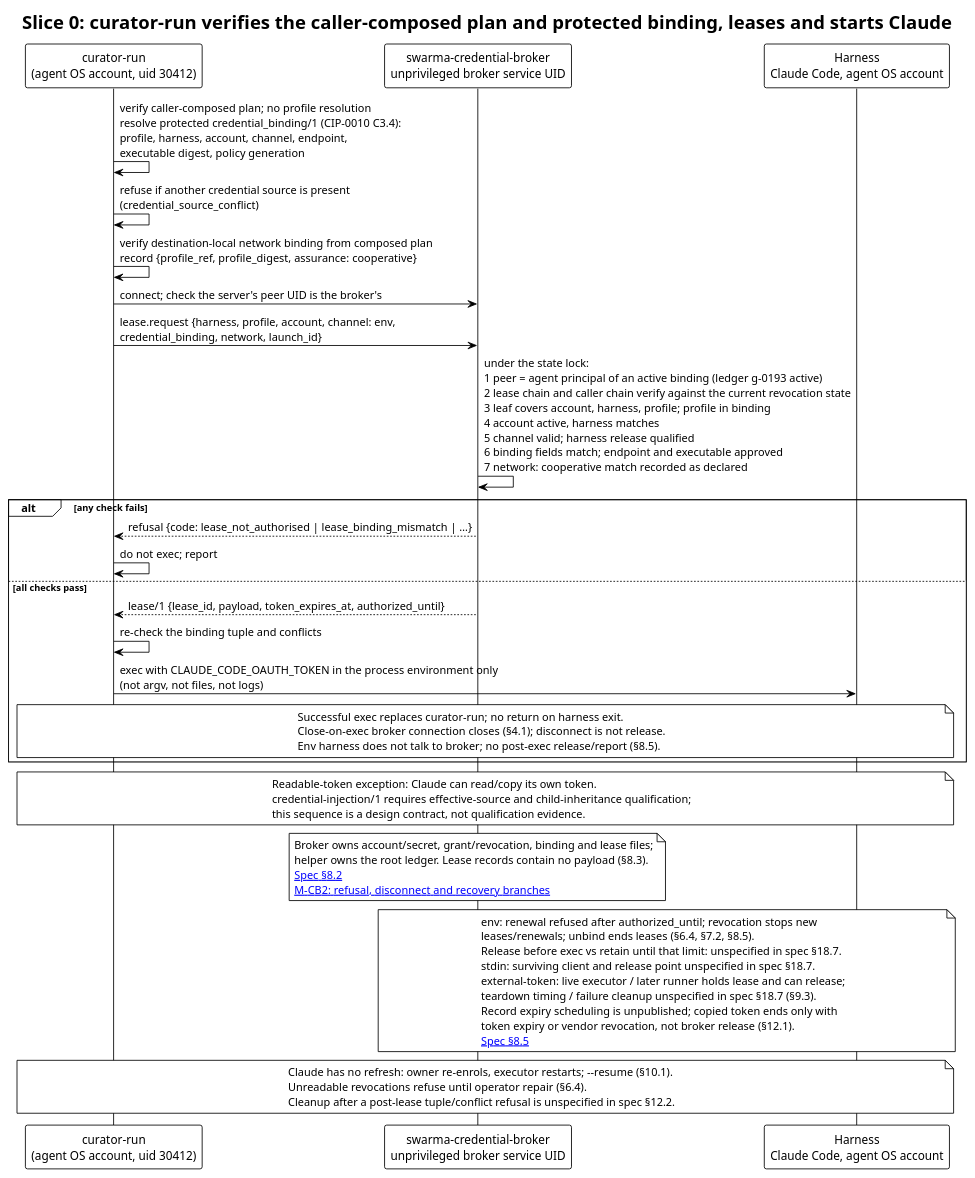
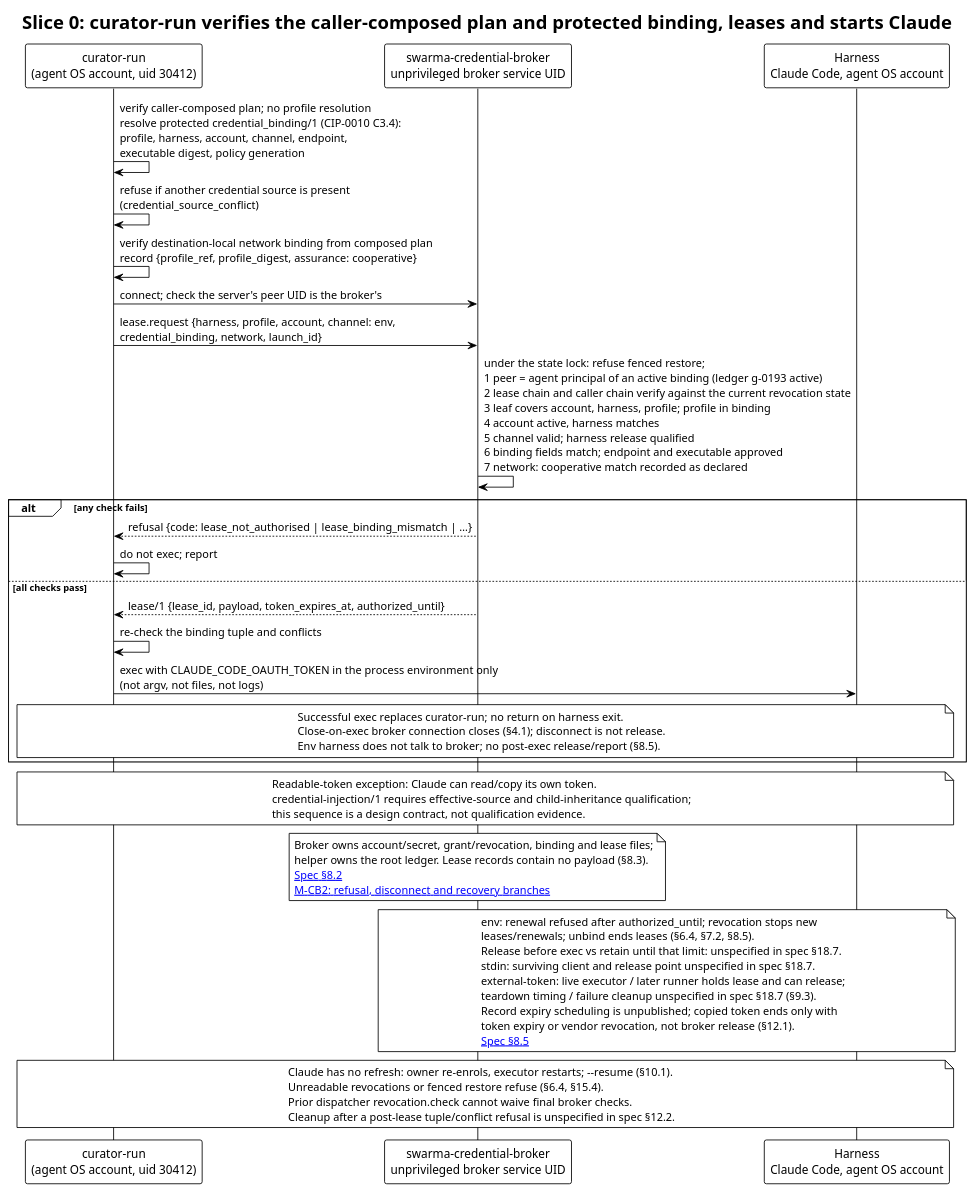
The diagram in diagrams/lease-at-launch.puml (relux-works/swarma-credential-broker), drawn with PlantUML before and after one commit. The commit also changed 10 other files, not shown here.

First line of the commit message:
Apply accepted review findings: fenced restore, revocation.check, single refresh writer, effect.observe (owner 2026-10-12) (TASK-261012-31tpx4)

```diff
--- a/diagrams/lease-at-launch.puml
+++ b/diagrams/lease-at-launch.puml
@@ -1,51 +1,52 @@
 @startuml lease-at-launch
 !theme plain
 title Slice 0: curator-run verifies the caller-composed plan and protected binding, leases and starts Claude
 
 participant "curator-run\n(agent OS account, uid 30412)" as E
 participant "swarma-credential-broker\nunprivileged broker service UID" as B
 participant "Harness\nClaude Code, agent OS account" as H
 
 E -> E: verify caller-composed plan; no profile resolution\nresolve protected credential_binding/1 (CIP-0010 C3.4):\nprofile, harness, account, channel, endpoint,\nexecutable digest, policy generation
 E -> E: refuse if another credential source is present\n(credential_source_conflict)
 E -> E: verify destination-local network binding from composed plan\nrecord {profile_ref, profile_digest, assurance: cooperative}
 E -> B: connect; check the server's peer UID is the broker's
 E -> B: lease.request {harness, profile, account, channel: env,\ncredential_binding, network, launch_id}
-B -> B: under the state lock:\n1 peer = agent principal of an active binding (ledger g-0193 active)\n2 lease chain and caller chain verify against the current revocation state\n3 leaf covers account, harness, profile; profile in binding\n4 account active, harness matches\n5 channel valid; harness release qualified\n6 binding fields match; endpoint and executable approved\n7 network: cooperative match recorded as declared
+B -> B: under the state lock: refuse fenced restore;\n1 peer = agent principal of an active binding (ledger g-0193 active)\n2 lease chain and caller chain verify against the current revocation state\n3 leaf covers account, harness, profile; profile in binding\n4 account active, harness matches\n5 channel valid; harness release qualified\n6 binding fields match; endpoint and executable approved\n7 network: cooperative match recorded as declared
 alt any check fails
   B --> E: refusal {code: lease_not_authorised | lease_binding_mismatch | …}
   E -> E: do not exec; report
 else all checks pass
   B --> E: lease/1 {lease_id, payload, token_expires_at, authorized_until}
   E -> E: re-check the binding tuple and conflicts
   E -> H: exec with CLAUDE_CODE_OAUTH_TOKEN in the process environment only\n(not argv, not files, not logs)
   note over E,H
     Successful exec replaces curator-run; no return on harness exit.
     Close-on-exec broker connection closes (§4.1); disconnect is not release.
     Env harness does not talk to broker; no post-exec release/report (§8.5).
   end note
 end
 note over E,H: Readable-token exception: Claude can read/copy its own token.\ncredential-injection/1 requires effective-source and child-inheritance qualification;\nthis sequence is a design contract, not qualification evidence.
 note over B
   Broker owns account/secret, grant/revocation, binding and lease files;
   helper owns the root ledger. Lease records contain no payload (§8.3).
   [[../spec/broker.md#82-checks-in-order Spec §8.2]]
   [[lease-recovery.puml M-CB2: refusal, disconnect and recovery branches]]
 end note
 note over B,H
   env: renewal refused after authorized_until; revocation stops new
   leases/renewals; unbind ends leases (§6.4, §7.2, §8.5).
   Release before exec vs retain until that limit: unspecified in spec §18.7.
   stdin: surviving client and release point unspecified in spec §18.7.
   external-token: live executor / later runner holds lease and can release;
   teardown timing / failure cleanup unspecified in spec §18.7 (§9.3).
   Record expiry scheduling is unpublished; copied token ends only with
   token expiry or vendor revocation, not broker release (§12.1).
   [[../spec/broker.md#85-renewal-release-and-reports Spec §8.5]]
 end note
 note over E,H
   Claude has no refresh: owner re-enrols, executor restarts; --resume (§10.1).
-  Unreadable revocations refuse until operator repair (§6.4).
+  Unreadable revocations or fenced restore refuse (§6.4, §15.4).
+  Prior dispatcher revocation.check cannot waive final broker checks.
   Cleanup after a post-lease tuple/conflict refusal is unspecified in spec §12.2.
 end note
 @enduml
```
